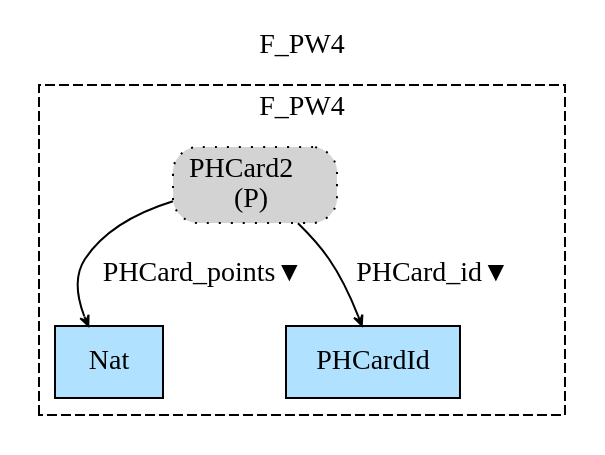
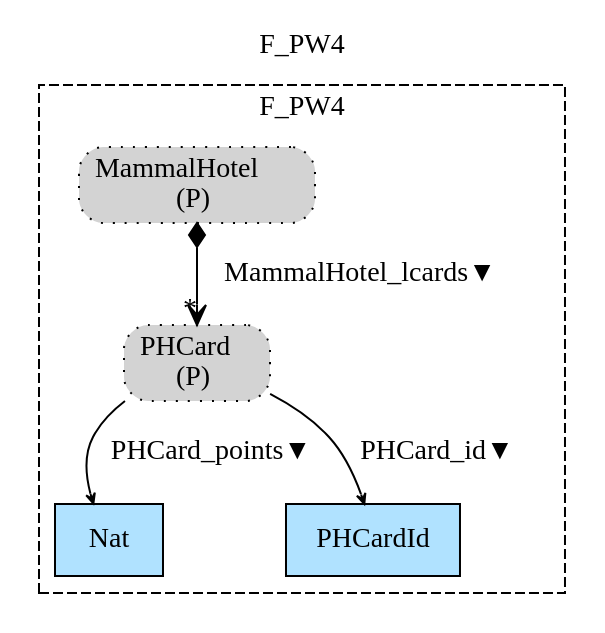
The diagram in Haskell/FragmentaTests/PetsWorld/img/F_PW4.gv (namalio/Fragmenta), drawn with Graphviz before and after one commit. The commit also changed 129 other files, not shown here.

```diff
--- a/Haskell/FragmentaTests/PetsWorld/img/F_PW4.gv
+++ b/Haskell/FragmentaTests/PetsWorld/img/F_PW4.gv
@@ -1,12 +1,15 @@
 digraph {graph[label=F_PW4,labelloc=tl,labelfontsize=12];
 subgraph cluster_F_PW4{style=dashed;label=F_PW4;
 "Nat"[shape=record,fillcolor=lightskyblue1,style = filled,label="Nat"];
-"PPHCard2"[shape=box,fillcolor=lightgray,style ="rounded,filled,dotted",label=<PHCard2<br/>(P)>];
 "PHCardId"[shape=record,fillcolor=lightskyblue1,style = filled,label="PHCardId"];
+"PMammalHotel"[shape=box,fillcolor=lightgray,style ="rounded,filled,dotted",label=<MammalHotel<br/>(P)>];
+"PPHCard"[shape=box,fillcolor=lightgray,style ="rounded,filled,dotted",label=<PHCard<br/>(P)>];
 
-"PPHCard2"->"Nat"[label="PHCard_points▼",arrowhead=vee,headlabel="",arrowsize=.5];
-"PPHCard2"->"PHCardId"[label="PHCard_id▼",arrowhead=vee,headlabel="",arrowsize=.5];
+"PPHCard"->"Nat"[label="PHCard_points▼",arrowhead=vee,headlabel="",arrowsize=.5];
+"PPHCard"->"PHCardId"[label="PHCard_id▼",arrowhead=vee,headlabel="",arrowsize=.5];
+"PMammalHotel"->"PPHCard"[label="MammalHotel_lcards▼",arrowhead=vee,arrowtail=diamond,dir=both,headlabel="*"];
 
 }
 
+
 }
```
